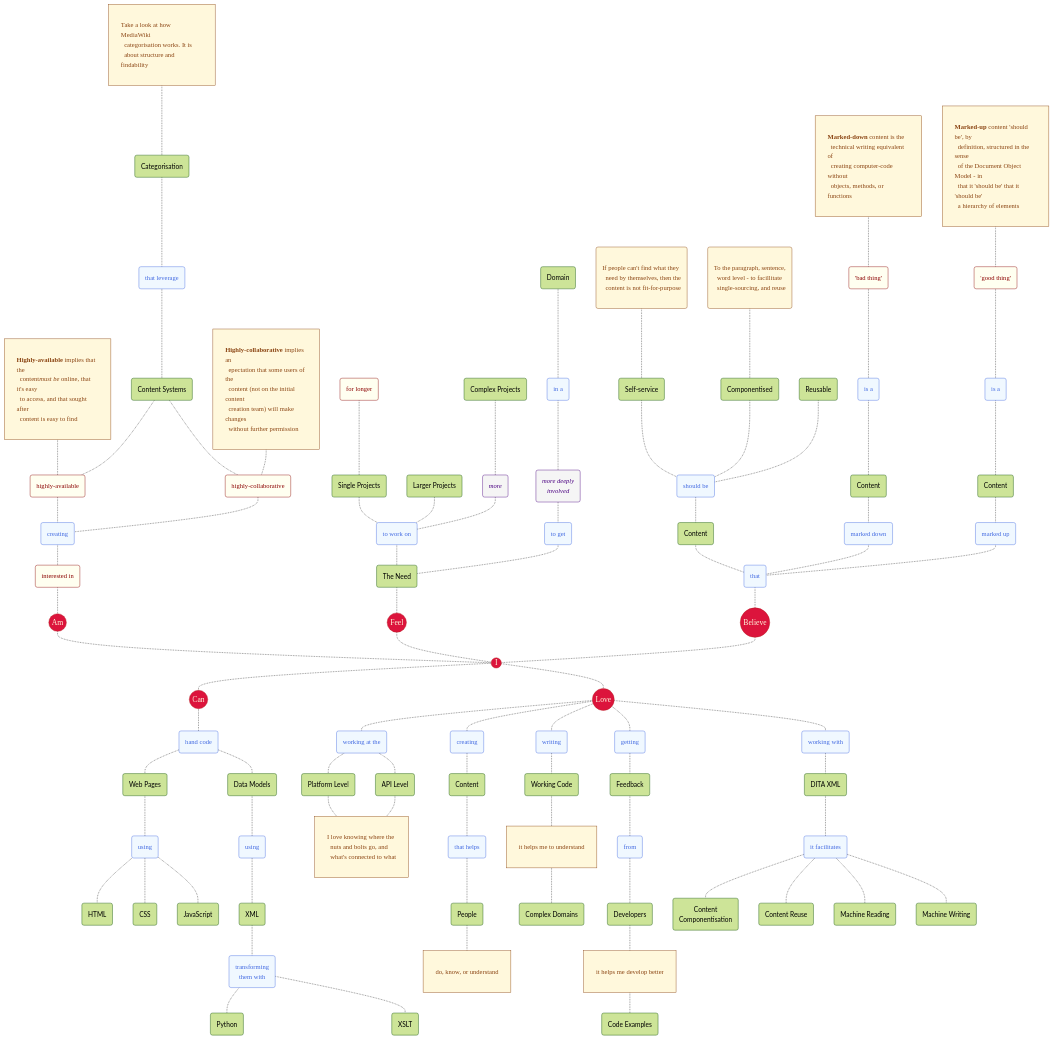
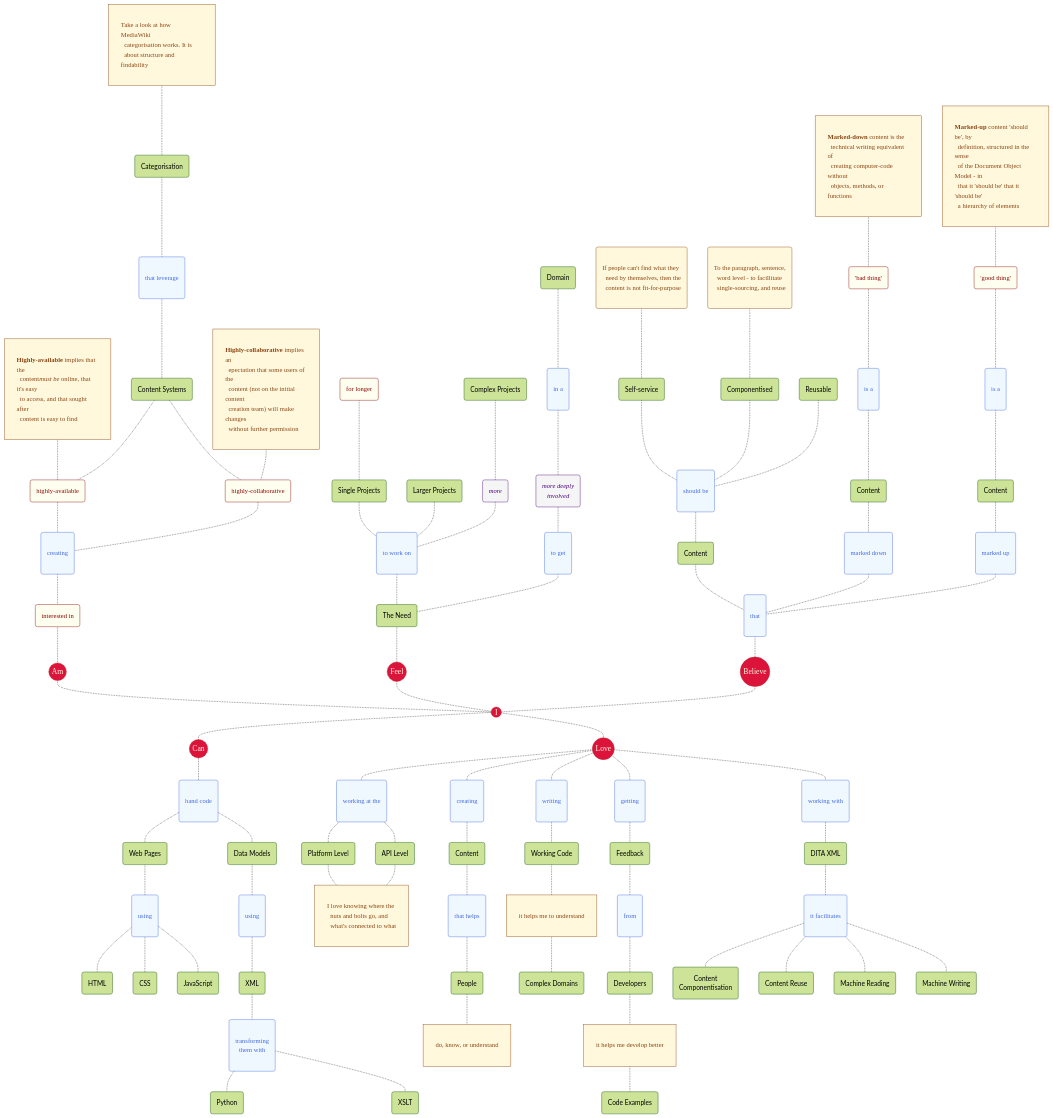
One commit to joe-dorward/samples changed the diagram in my_mermaid_mindmap_2.md. Above: the diagram before and after it, drawn with Mermaid.

```diff
--- a/my_mermaid_mindmap_2.md
+++ b/my_mermaid_mindmap_2.md
@@ -2,7 +2,7 @@
 %%{init: { "theme":"forest" } }%%
 flowchart TD
   classDef Start fill:crimson, color:cornsilk, stroke:firebrick, font-family:verdana, font-size:14pt, padding:10px;
-  classDef Verb fill:aliceblue, color:royalblue, stroke:royalblue, font-family:verdana;
+  classDef Verb fill:aliceblue, color:royalblue, stroke:royalblue, font-family:verdana, padding:10px;
   classDef Adverb fill:whitesmoke, color:indigo, stroke:indigo, font-family:verdana, font-style:italic;
   classDef Adjective fill:ivory, color:darkred, stroke:darkred, font-family:verdana, line-height:18pt;
   classDef Note fill:cornsilk, stroke:saddlebrown, color:saddlebrown, font-family:verdana, text-align:left, margin:8px;
```
